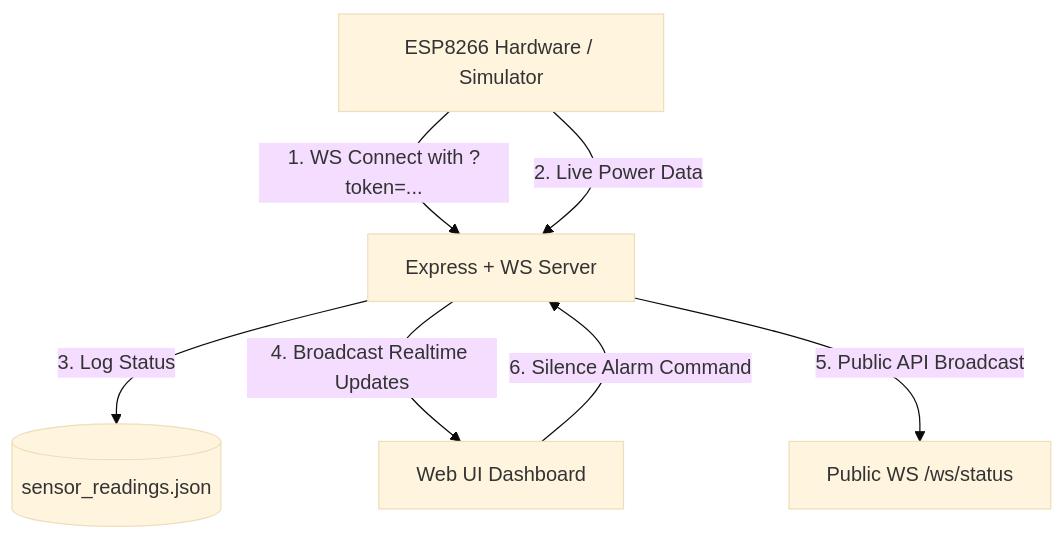
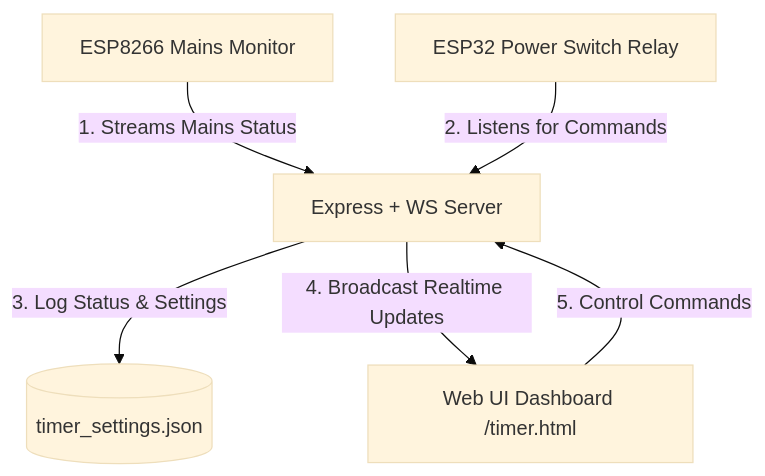
Before and after one commit to neerajchoudhary220/HomePulse: the diagram in README.md, drawn with Mermaid (base theme). The commit also changed other lines of this file and 9 other files, not shown here.

Commit message:
feat: expand simulation lab with ESP32 relay support, new controller logic, and updated UI layout.

````diff
--- a/README.md
+++ b/README.md
@@ -9,9 +11,8 @@
 ```mermaid
 graph TD
-    ESP[ESP8266 Hardware / Simulator] -- 1. WS Connect with ?token=... --> Server[Express + WS Server]
-    ESP -- 2. Live Power Data --> Server
-    Server -- 3. Log Status --> DB[(sensor_readings.json)]
-    Server -- 4. Broadcast Realtime Updates --> Dashboard[Web UI Dashboard]
-    Server -- 5. Public API Broadcast --> PublicWS[Public WS /ws/status]
-    Dashboard -- 6. Silence Alarm Command --> Server
+    ESP8266[ESP8266 Mains Monitor] -- 1. Streams Mains Status --> Server[Express + WS Server]
+    ESP32[ESP32 Power Switch Relay] -- 2. Listens for Commands --> Server
+    Server -- 3. Log Status & Settings --> Config[(timer_settings.json)]
+    Server -- 4. Broadcast Realtime Updates --> Dashboard[Web UI Dashboard /timer.html]
+    Dashboard -- 5. Control Commands --> Server
 ```
````
